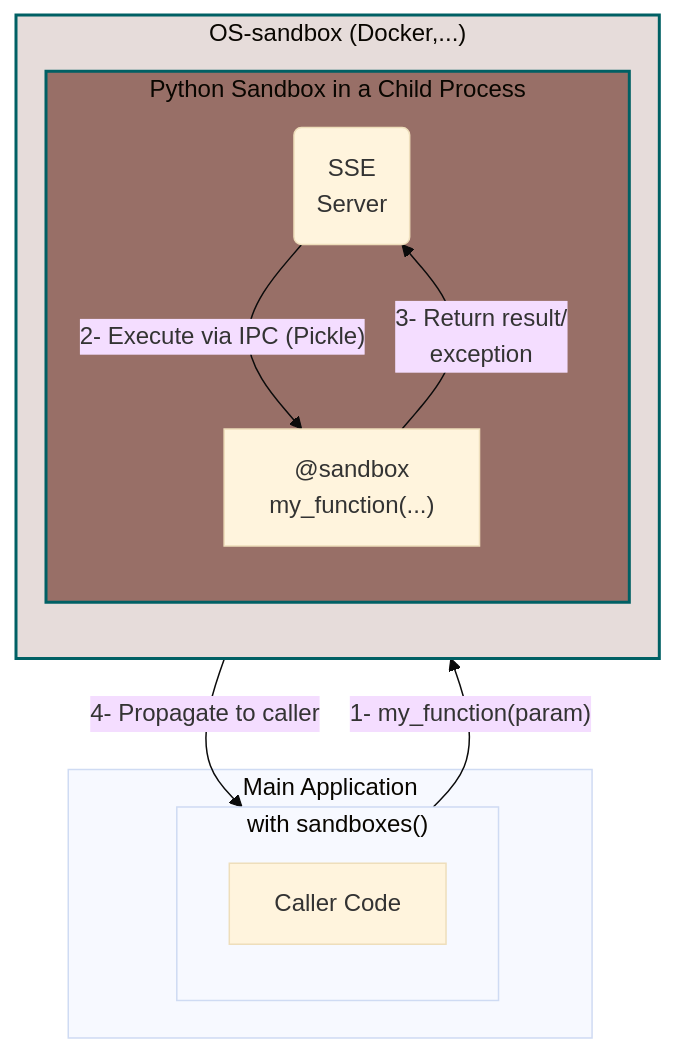
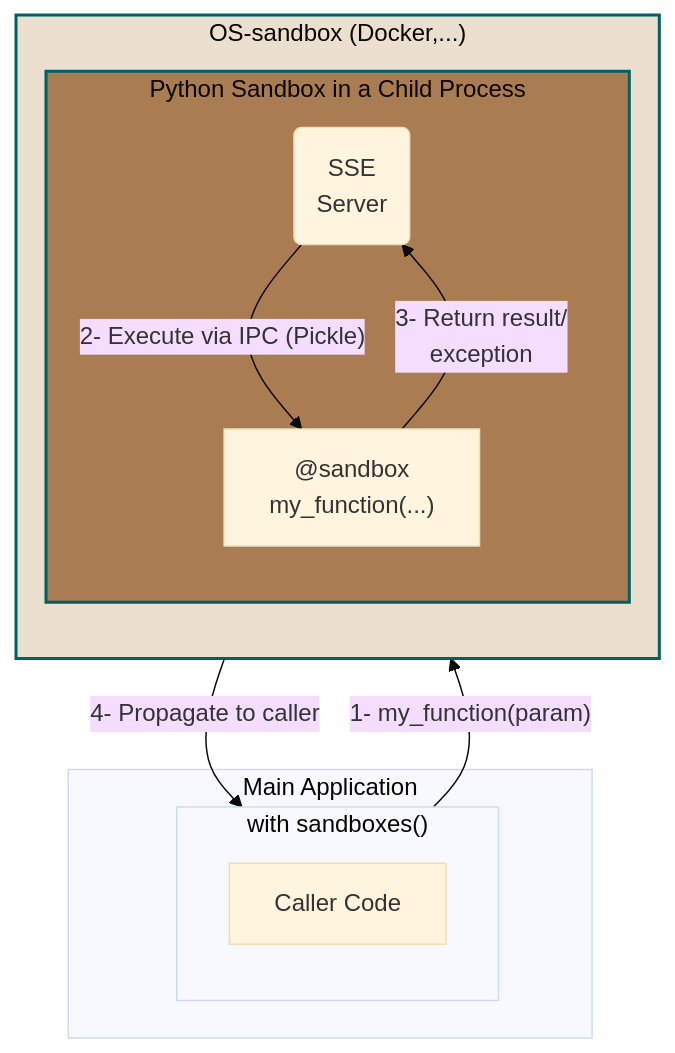
Before and after one commit to pprados/pysandboxes: the second of 2 diagrams in README.md, drawn with Mermaid (base theme). The commit also changed other lines of this file and 2 other files, not shown here.

Commit message:
Change colors

````diff
--- a/README.md
+++ b/README.md
@@ -176,28 +176,28 @@
 ```mermaid
 flowchart TD
     subgraph MainApplication [Main Application]
         subgraph WithSandboxes ["with sandboxes()"]
             direction TB
             A[Caller Code]
         end
     end
     subgraph OSSandbox ["OS-sandbox (Docker,...)"]
         direction TB
         subgraph PythonSandbox [Python Sandbox in a Child Process]
             B(SSE<br/>Server)
 
                 C["@sandbox<br/>my_function(...)"]
         end
     end
 
 
     A -- "1- my_function(param)" --> B
     B -- "2- Execute via IPC (Pickle)" --> C
     C -- "3- Return result/<br/>exception" --> B
     B -- "4- Propagate to caller" --> A
 
     %% 🎨 Style personnalisé pour OSSandbox
-    style OSSandbox fill:#E6DCDA,stroke:#006064,stroke-width:2px
-    style PythonSandbox fill:#986F67,stroke:#006064,stroke-width:2px
+    style OSSandbox fill:#ebe0d0,stroke:#006064,stroke-width:2px
+    style PythonSandbox fill:#aa7c52,stroke:#006064,stroke-width:2px
 
 ```
````
